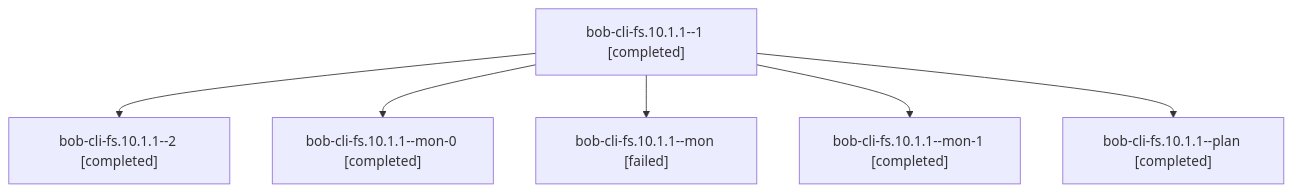
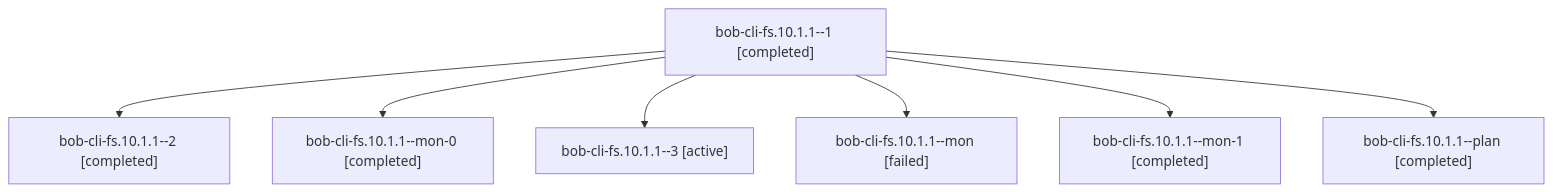
The diagram in sessions/bbugyi200.athena.bob-cli-fs.10.1.1.md (bobs-org/bob-cli--agents), drawn with Mermaid before and after one commit. The commit also changed other lines of this file and 106 other files, not shown here.

````diff
--- a/sessions/bbugyi200.athena.bob-cli-fs.10.1.1.md
+++ b/sessions/bbugyi200.athena.bob-cli-fs.10.1.1.md
@@ -9,14 +9,16 @@
 ```mermaid
 flowchart TD
   n0["bob-cli-fs.10.1.1--1 [completed]"]
   n1["bob-cli-fs.10.1.1--2 [completed]"]
   n0 --> n1
   n2["bob-cli-fs.10.1.1--mon-0 [completed]"]
   n0 --> n2
-  n3["bob-cli-fs.10.1.1--mon [failed]"]
+  n3["bob-cli-fs.10.1.1--3 [active]"]
   n0 --> n3
-  n4["bob-cli-fs.10.1.1--mon-1 [completed]"]
+  n4["bob-cli-fs.10.1.1--mon [failed]"]
   n0 --> n4
-  n5["bob-cli-fs.10.1.1--plan [completed]"]
+  n5["bob-cli-fs.10.1.1--mon-1 [completed]"]
   n0 --> n5
+  n6["bob-cli-fs.10.1.1--plan [completed]"]
+  n0 --> n6
 ```
````
